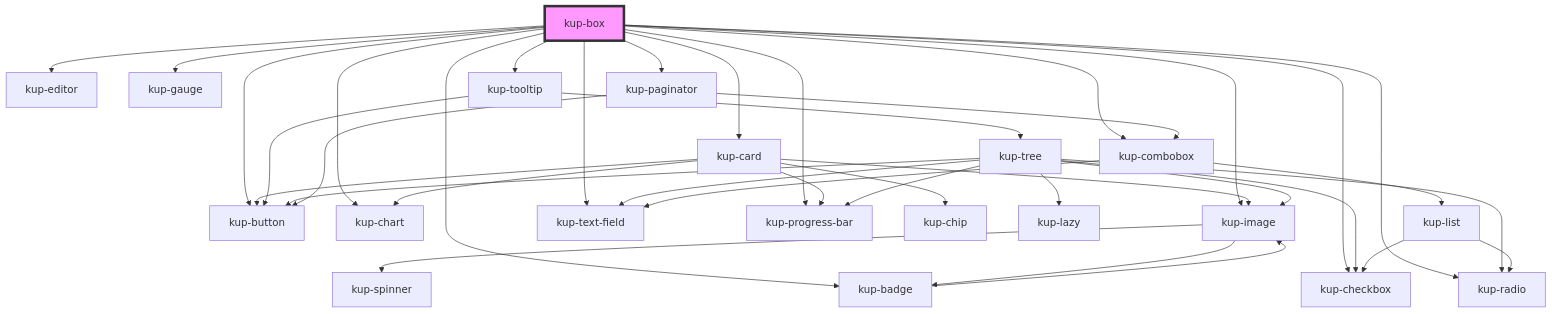
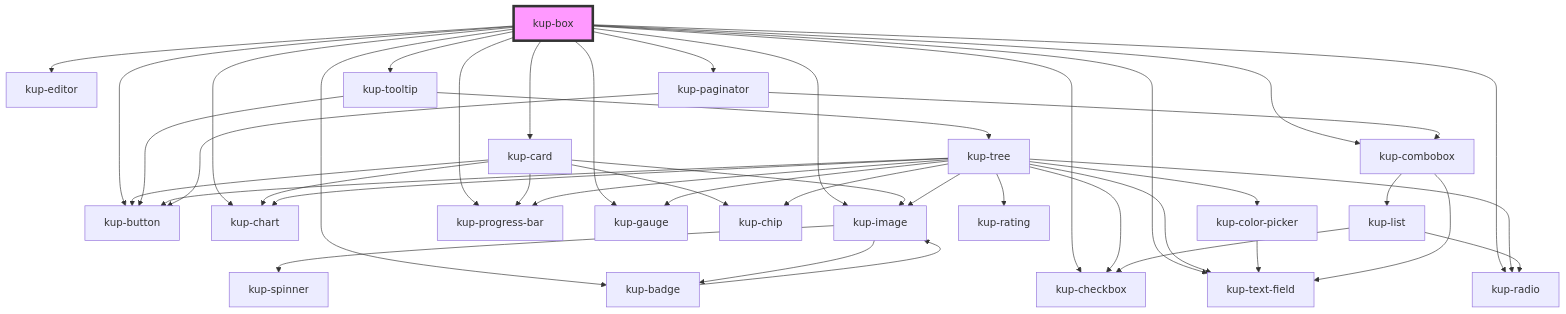
One commit to smeup/ketchup changed the diagram in packages/ketchup/src/components/kup-box/readme.md. Above: the diagram before and after it, drawn with Mermaid. The commit also changed 17 other files, not shown here.

Commit message:
kup-data-table renderCell mirrored in kup-tree

````diff
--- a/packages/ketchup/src/components/kup-box/readme.md
+++ b/packages/ketchup/src/components/kup-box/readme.md
@@ -100,41 +100,46 @@
 ```mermaid
 graph TD;
   kup-box --> kup-card
   kup-box --> kup-checkbox
   kup-box --> kup-badge
   kup-box --> kup-button
   kup-box --> kup-chart
   kup-box --> kup-editor
   kup-box --> kup-image
   kup-box --> kup-text-field
   kup-box --> kup-progress-bar
   kup-box --> kup-radio
   kup-box --> kup-gauge
   kup-box --> kup-tooltip
   kup-box --> kup-combobox
   kup-box --> kup-paginator
   kup-card --> kup-image
   kup-card --> kup-chip
   kup-card --> kup-button
   kup-card --> kup-progress-bar
   kup-card --> kup-chart
   kup-image --> kup-spinner
   kup-image --> kup-badge
   kup-badge --> kup-image
   kup-tooltip --> kup-button
   kup-tooltip --> kup-tree
-  kup-tree --> kup-lazy
+  kup-tree --> kup-image
   kup-tree --> kup-button
+  kup-tree --> kup-chart
   kup-tree --> kup-checkbox
-  kup-tree --> kup-image
+  kup-tree --> kup-chip
+  kup-tree --> kup-color-picker
+  kup-tree --> kup-gauge
   kup-tree --> kup-progress-bar
+  kup-tree --> kup-rating
   kup-tree --> kup-radio
   kup-tree --> kup-text-field
+  kup-color-picker --> kup-text-field
   kup-combobox --> kup-text-field
   kup-combobox --> kup-list
   kup-list --> kup-radio
   kup-list --> kup-checkbox
   kup-paginator --> kup-button
   kup-paginator --> kup-combobox
   style kup-box fill:#f9f,stroke:#333,stroke-width:4px
 ```
````
